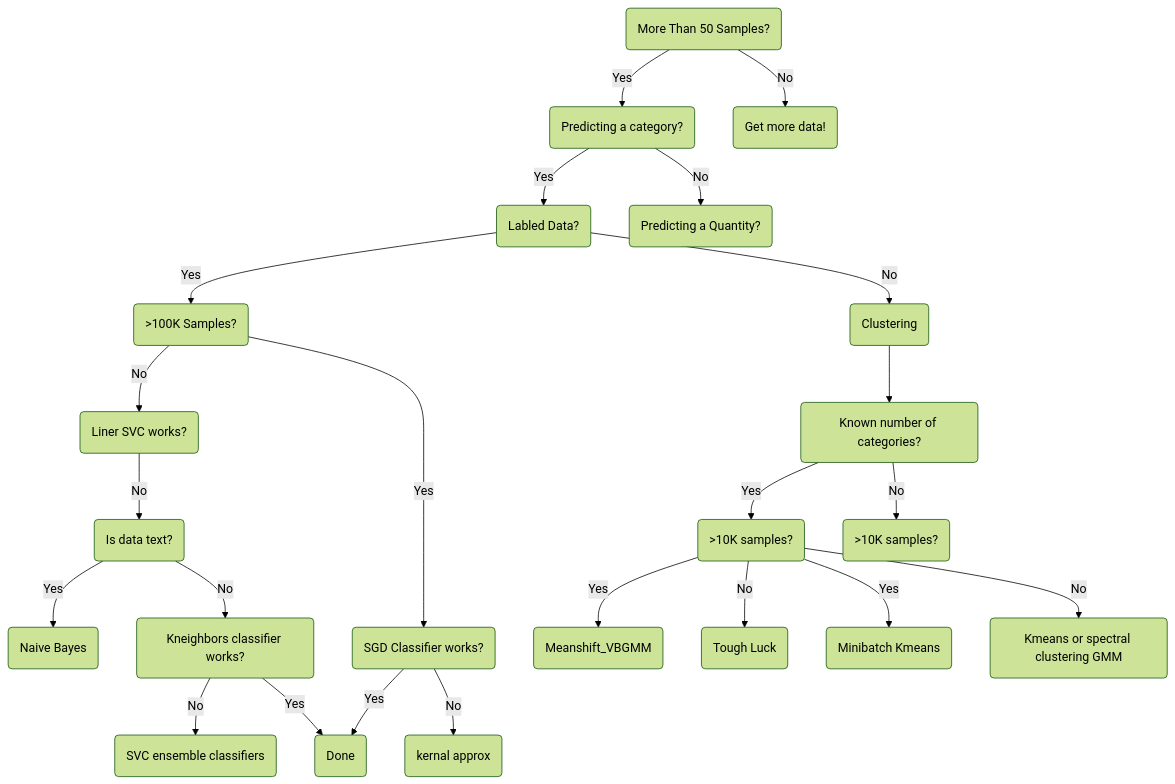
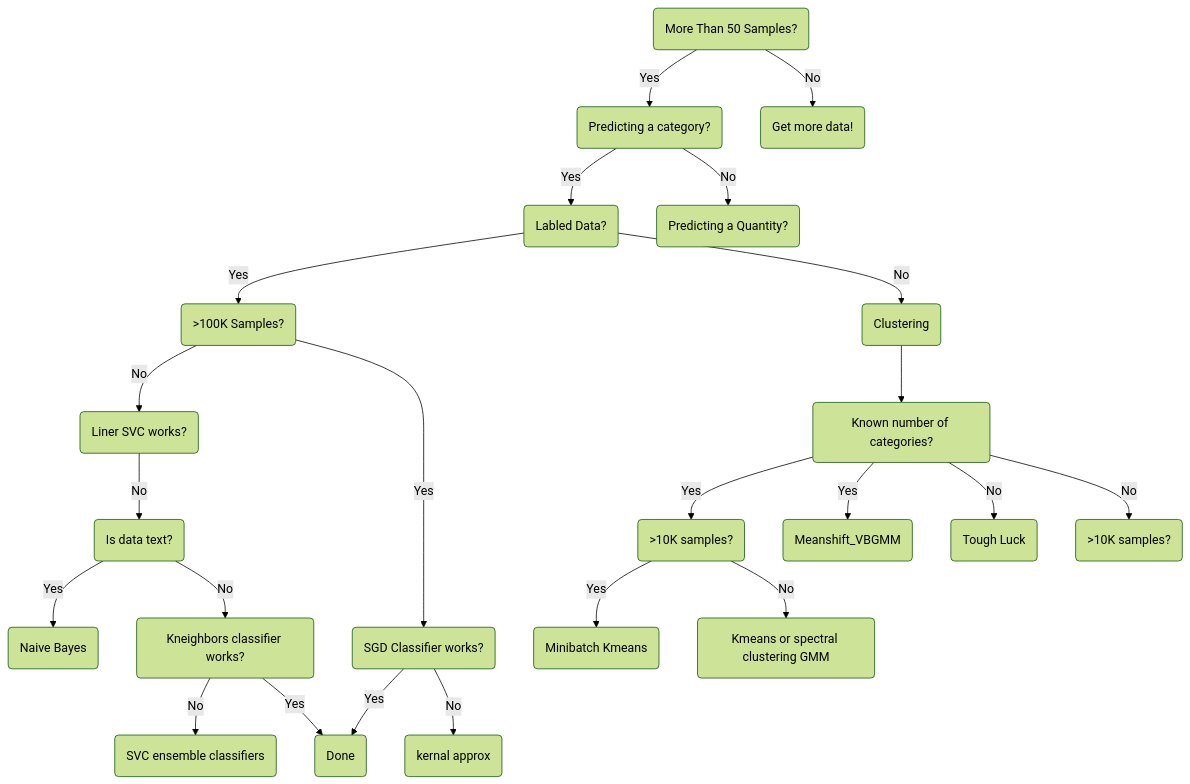
The diagram in ML_Cheatsheet.md (hwetsman/Public_Notes), drawn with Mermaid (forest theme) before and after one commit.

````diff
--- a/ML_Cheatsheet.md
+++ b/ML_Cheatsheet.md
@@ -1,51 +1,51 @@
 ```mermaid
 flowchart TD
 id1(More Than 50 Samples?)
   id2(Predicting a category?)
     id1-->|Yes|id2
     id4(Labled Data?)
       id2-->|Yes|id4
       id6(>100K Samples?)
         id4-->|Yes|id6
         id14(Clustering)
         id15(Known number of categories?)
           id16(>10K samples?)
           id17(>10K samples?)
           id15-->|Yes|id16
             id20(Meanshift_VBGMM)
             id98(Tough Luck)
-            id16-->|Yes|id20
-            id16-->|No|id98
+            id15-->|Yes|id20
+            id15-->|No|id98
           id15-->|No|id17
             id18(Minibatch Kmeans)
             id19(Kmeans or spectral clustering GMM)
             id16-->|Yes|id18
             id16-->|No|id19
         id14-->id15
         id4-->|No|id14
         id7(Liner SVC works?)
         id6-->|No|id7
         id8(SGD Classifier works?)
           id8-->|Yes|id99
           id13(kernal approx)
           id8-->|No|id13
         id6-->|Yes|id8
           id9(Is data text?)
           id7-->|No|id9
             id10(Naive Bayes)
             id9-->|Yes|id10
             id11(Kneighbors classifier works?)
             id9-->|No|id11
               id12(SVC ensemble classifiers)
               id11-->|No|id12
               id99(Done)
               id11-->|Yes|id99
     id5(Predicting a Quantity?)
       id2-->|No|id5
 
 
   id3(Get more data!)
     id1-->|No|id3
   
   
 ```
````
